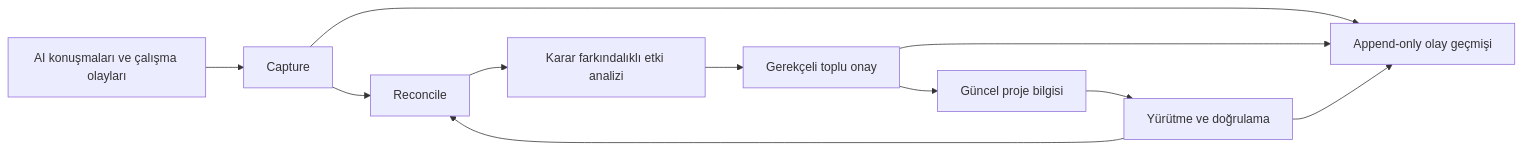
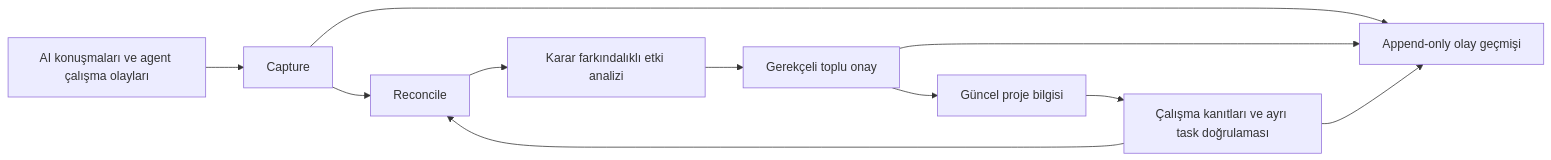
One commit to alphanAkbulut/decivora changed the diagram in README.md. Above: the diagram before and after it, drawn with Mermaid. The commit also changed other lines of this file and 15 other files, not shown here.

Commit message:
docs: align diagrams and define administration and operations

````diff
--- a/README.md
+++ b/README.md
@@ -20,13 +20,13 @@
 ```mermaid
 flowchart LR
-    A[AI konuşmaları ve çalışma olayları] --> B[Capture]
+    A[AI konuşmaları ve agent çalışma olayları] --> B[Capture]
     B --> C[Reconcile]
     C --> D[Karar farkındalıklı etki analizi]
     D --> E[Gerekçeli toplu onay]
     E --> F[Güncel proje bilgisi]
-    F --> G[Yürütme ve doğrulama]
+    F --> G[Çalışma kanıtları ve ayrı task doğrulaması]
     G --> C
     B --> H[Append-only olay geçmişi]
     E --> H
     G --> H
 ```
````
